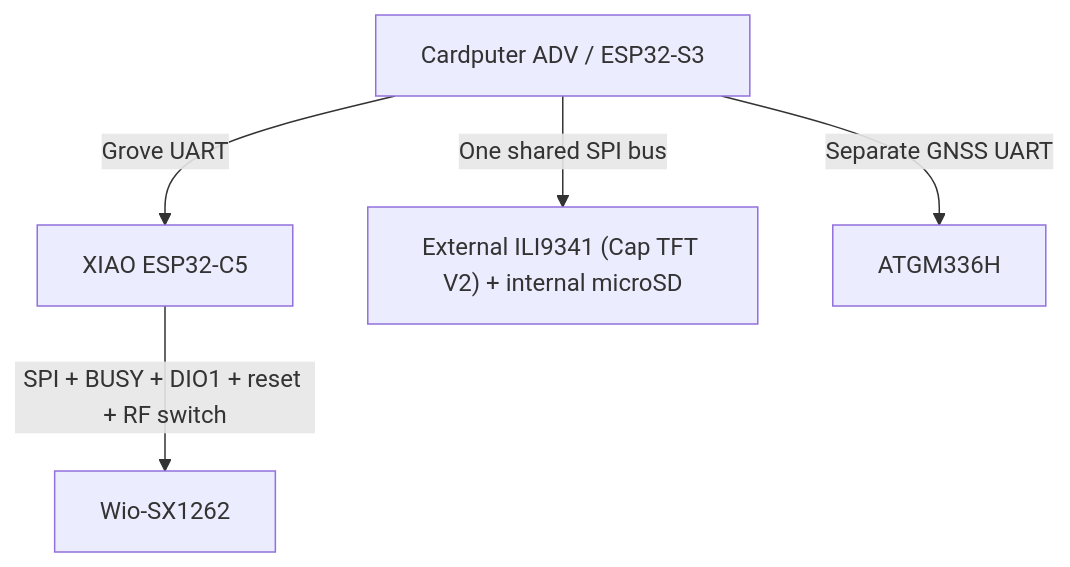
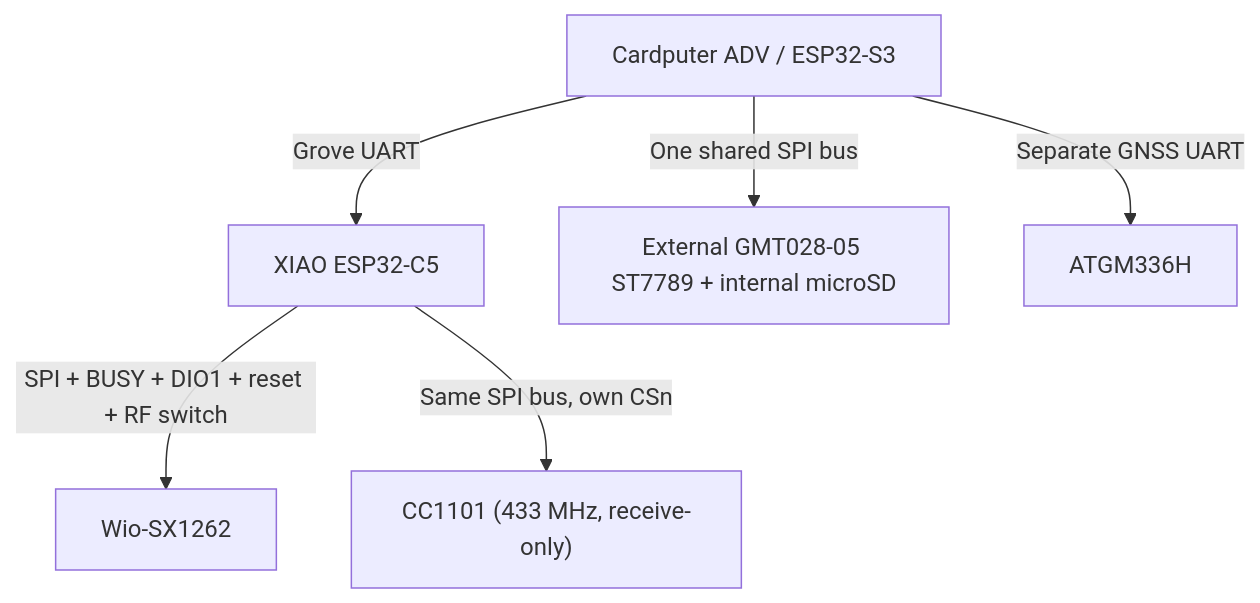
One commit to d3mocide/Oscilla changed the diagram in Research/c5-backpack-design.md. Above: the diagram before and after it, drawn with Mermaid. The commit also changed other lines of this file and 13 other files, not shown here.

````diff
--- a/Research/c5-backpack-design.md
+++ b/Research/c5-backpack-design.md
@@ -29,7 +30,8 @@
 ```mermaid
 flowchart TD
     H["Cardputer ADV / ESP32-S3"] -->|"Grove UART"| C["XIAO ESP32-C5"]
-    H -->|"One shared SPI bus"| S["External ILI9341 (Cap TFT V2) + internal microSD"]
+    H -->|"One shared SPI bus"| S["External GMT028-05 ST7789 + internal microSD"]
     H -->|"Separate GNSS UART"| G["ATGM336H"]
     C -->|"SPI + BUSY + DIO1 + reset + RF switch"| L["Wio-SX1262"]
+    C -->|"Same SPI bus, own CSn"| K["CC1101 (433 MHz, receive-only)"]
 ```
````
